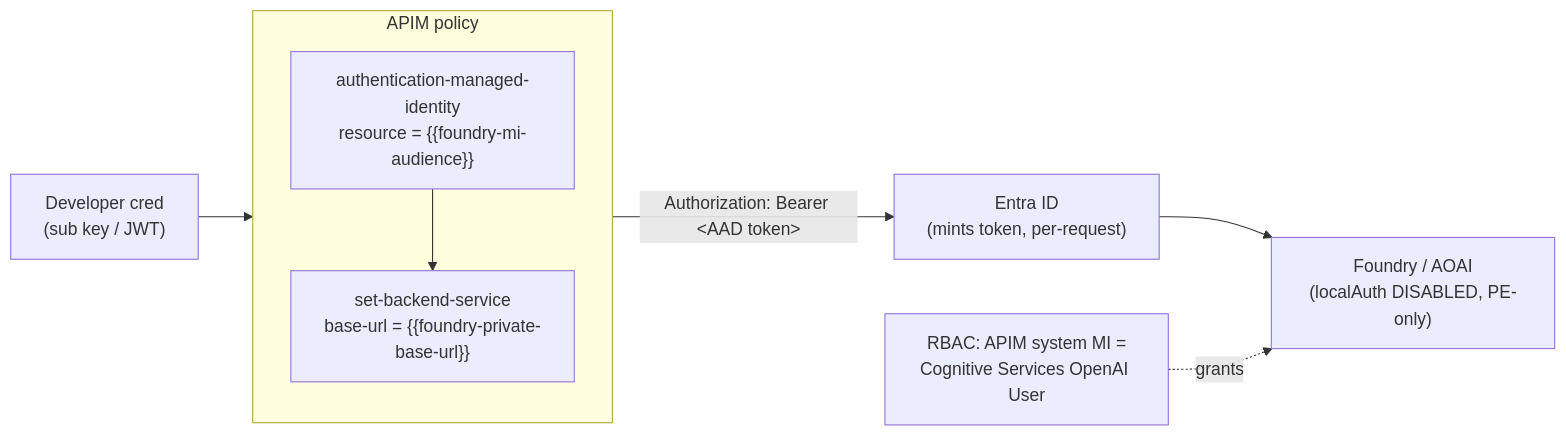
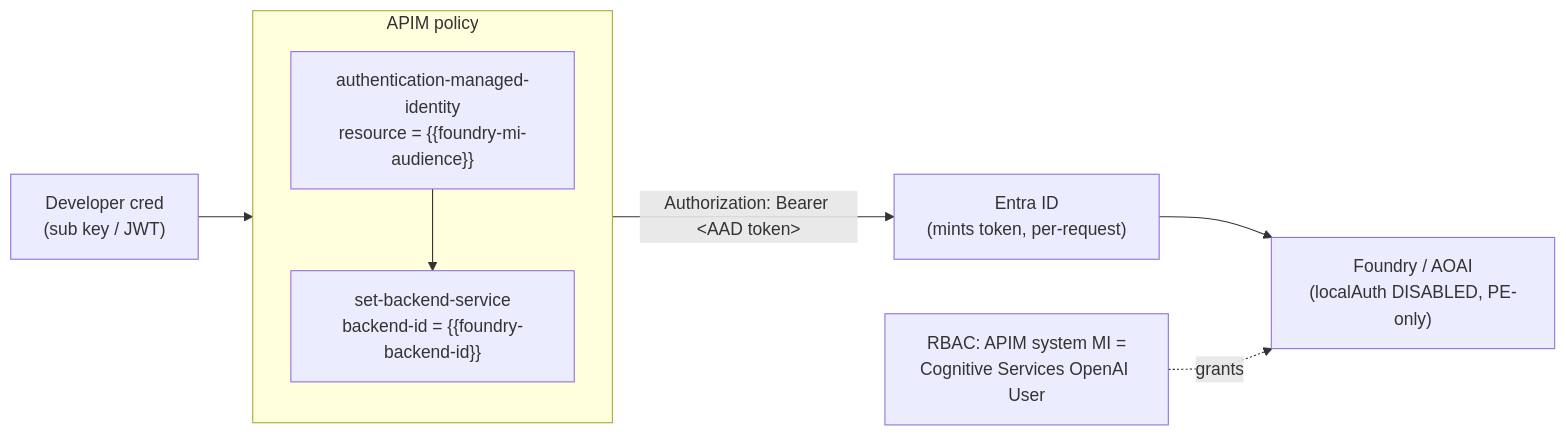
The seventh of 13 diagrams in docs/architecture.md (gwexler-msft/copilot-cli-byok-azure), drawn with Mermaid before and after one commit. The commit also changed other lines of this file and 12 other files, not shown here.

First line of the commit message:
Add opt-in multi-region APIM backend pools (Foundry + AOAI) with circuit breakers

````diff
--- a/docs/architecture.md
+++ b/docs/architecture.md
@@ -407,12 +408,12 @@
 ```mermaid
 flowchart LR
     Dev["Developer cred<br/>(sub key / JWT)"] --> APIM
     subgraph APIM["APIM policy"]
         MI["authentication-managed-identity<br/>resource = {{foundry-mi-audience}}"]
-        SB["set-backend-service<br/>base-url = {{foundry-private-base-url}}"]
+        SB["set-backend-service<br/>backend-id = {{foundry-backend-id}}"]
         MI --> SB
     end
     APIM -- "Authorization: Bearer &lt;AAD token&gt;" --> ENTRA["Entra ID<br/>(mints token, per-request)"]
     ENTRA --> FOUNDRY["Foundry / AOAI<br/>(localAuth DISABLED, PE-only)"]
     RBAC["RBAC: APIM system MI =<br/>Cognitive Services OpenAI User"] -. grants .-> FOUNDRY
 ```
````
